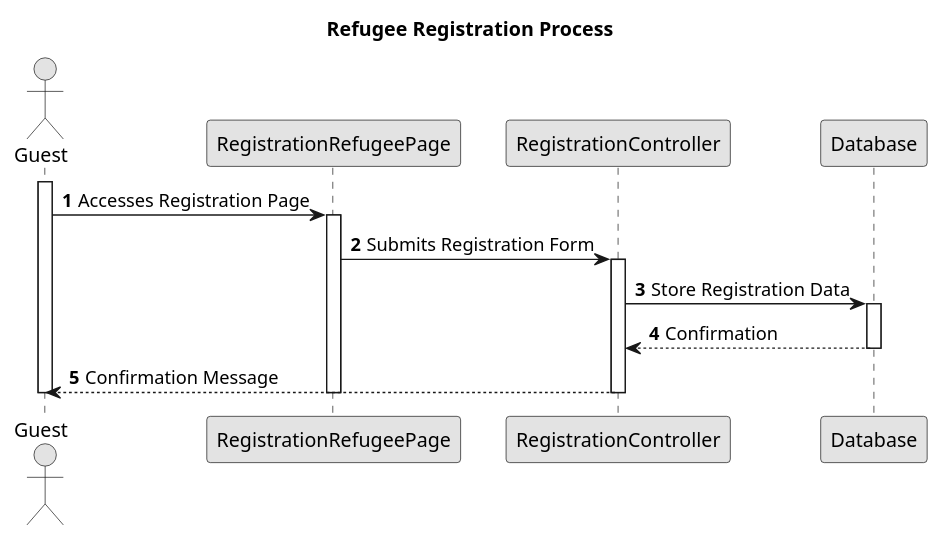
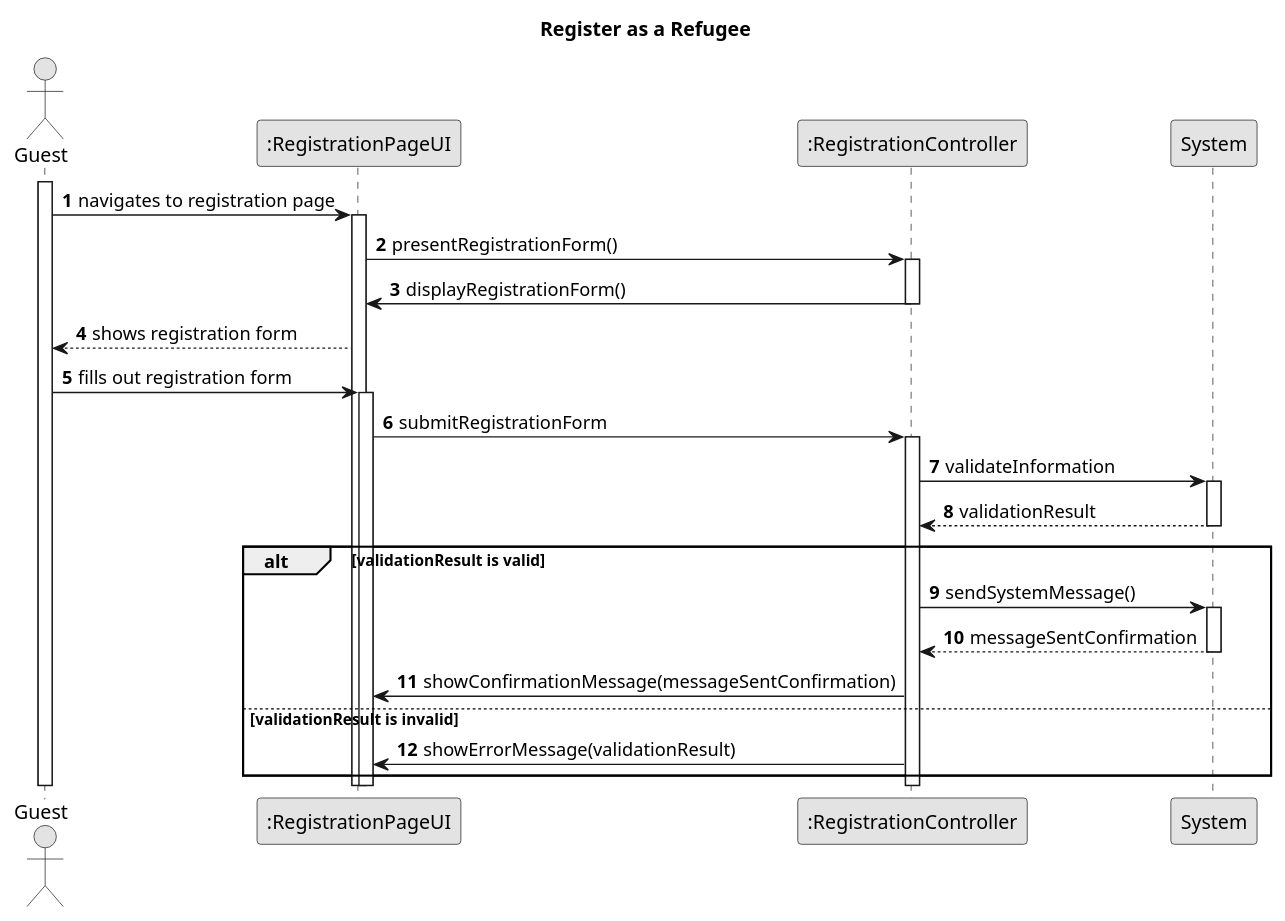
Before and after one commit to kanzodotjava/RefugeeLINK: the diagram in Doc/use-Cases/uc010/systemDiagram/sequenceDiagram010.puml, drawn with PlantUML. The commit also changed 25 other files, not shown here.

Commit message:
updates diagrams and a refugee controller

```diff
--- a/Doc/use-Cases/uc010/systemDiagram/sequenceDiagram010.puml
+++ b/Doc/use-Cases/uc010/systemDiagram/sequenceDiagram010.puml
@@ -1,34 +1,47 @@
 @startuml
 skinparam monochrome true
 skinparam packageStyle rectangle
 skinparam shadowing false
 
-title Refugee Registration Process
+title Register as a Refugee
 
 autonumber
 
 actor Guest
-participant "RegistrationRefugeePage" as RegPage
-participant "RegistrationController" as RegCtrl
-participant Database
+participant ":RegistrationPageUI" as ui
+participant ":RegistrationController" as ctrl
+participant "System" as system
 
 activate Guest
 
-Guest -> RegPage : Accesses Registration Page
-activate RegPage
-
-RegPage -> RegCtrl : Submits Registration Form
-activate RegCtrl
-
-RegCtrl -> Database : Store Registration Data
-activate Database
-Database --> RegCtrl : Confirmation
-deactivate Database
-
-RegCtrl --> Guest : Confirmation Message
-deactivate RegCtrl
-deactivate RegPage
+    Guest -> ui : navigates to registration page
+    activate ui
+        ui -> ctrl : presentRegistrationForm()
+        activate ctrl
+            ctrl -> ui : displayRegistrationForm()
+            deactivate ctrl
+        ui --> Guest : shows registration form
+        Guest -> ui : fills out registration form
+        activate ui
+            ui -> ctrl : submitRegistrationForm
+            activate ctrl
+                ctrl -> system : validateInformation
+                activate system
+                    system --> ctrl : validationResult
+                deactivate system
+                alt validationResult is valid
+                    ctrl -> system : sendSystemMessage()
+                    activate system
+                        system --> ctrl : messageSentConfirmation
+                    deactivate system
+                    ctrl -> ui : showConfirmationMessage(messageSentConfirmation)
+                else validationResult is invalid
+                    ctrl -> ui : showErrorMessage(validationResult)
+                end
+            deactivate ctrl
+        deactivate ui
+    deactivate ui
 
 deactivate Guest
 
 @enduml
```
